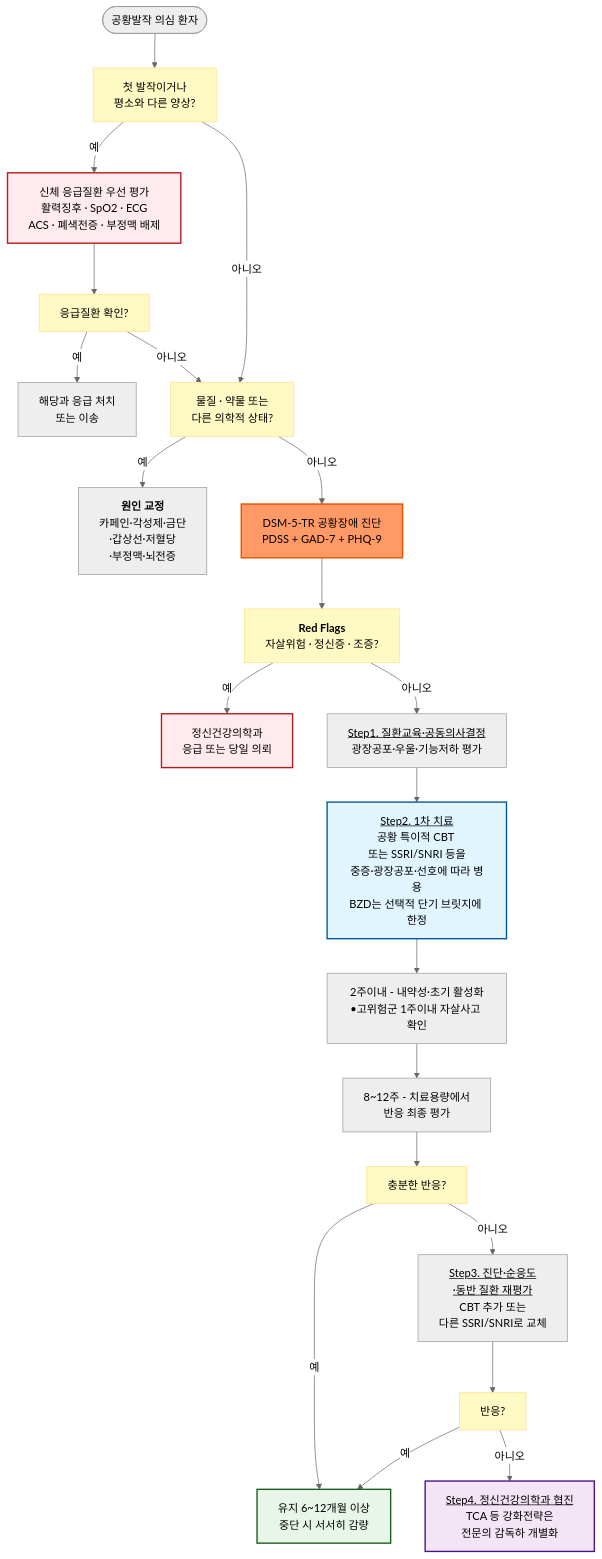
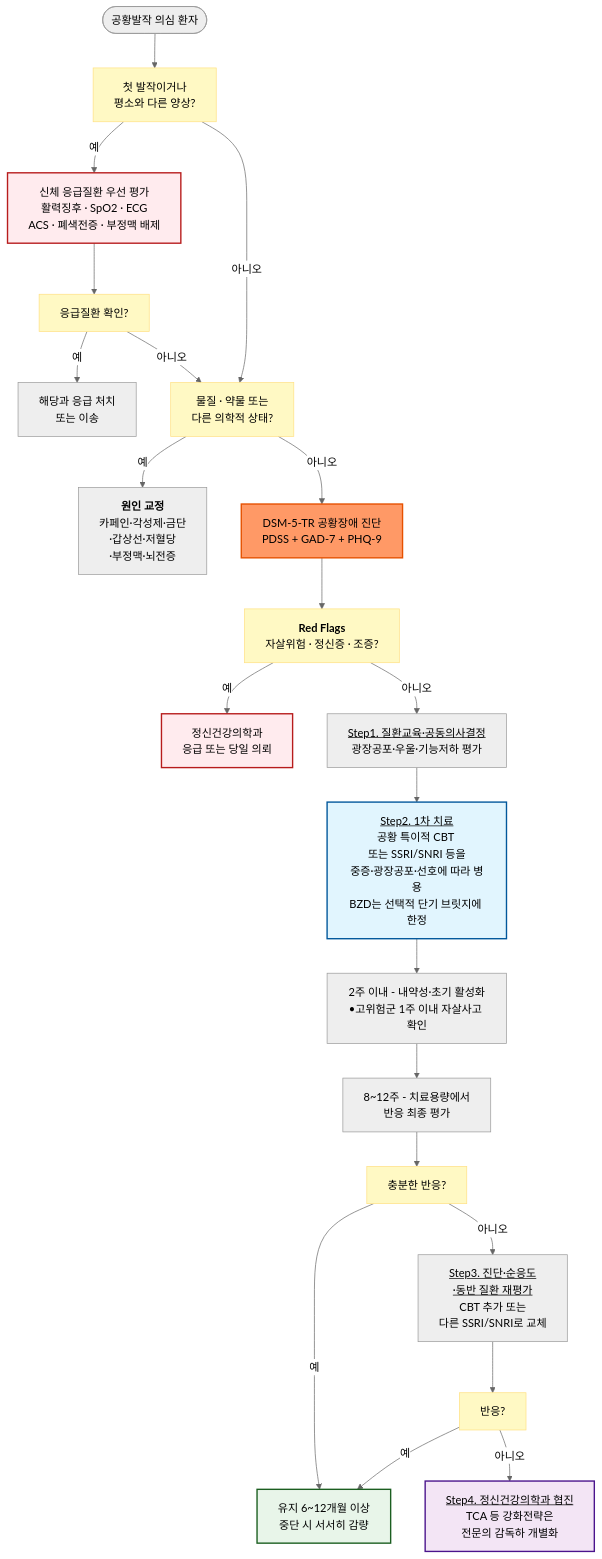
One commit to familyoh77/familyoh77 changed the first of 2 diagrams in 221_/026_-panic-disorder.md. Above: the diagram before and after it, drawn with Mermaid (neutral theme). The commit also changed other lines of this file and 4 other files, not shown here.

````diff
--- a/221_/026_-panic-disorder.md
+++ b/221_/026_-panic-disorder.md
@@ -207,31 +205,31 @@
 ```mermaid
 graph TD
     Start(["공황발작 의심 환자"]) --> A["첫 발작이거나<br/>평소와 다른 양상?"]
     A -- "예" --> B["신체 응급질환 우선 평가<br/>활력징후 · SpO2 · ECG<br/>ACS · 폐색전증 · 부정맥 배제"]
     B --> C["응급질환 확인?"]
     C -- "예" --> D["해당과 응급 처치 <br/>또는 이송"]
     C -- "아니오" --> E
     A -- "아니오" --> E["물질 · 약물 또는<br/>다른 의학적 상태?"]
     E -- "예" --> F["<b>원인 교정</b><br/>카페인·각성제·금단<br/>·갑상선·저혈당<br/>·부정맥·뇌전증"]
     E -- "아니오" --> G["DSM-5-TR 공황장애 진단<br/>PDSS + GAD-7 + PHQ-9"]
     G --> H["<b>Red Flags</b><br/>자살위험 · 정신증 · 조증?"]
     H -- "예" --> I["정신건강의학과<br/>응급 또는 당일 의뢰"]
     H -- "아니오" --> J["<u>Step1. 질환교육·공동의사결정</u><br/>광장공포·우울·기능저하 평가"]
     J --> K["<u>Step2. 1차 치료</u><br/>공황 특이적 CBT <br/>또는 SSRI/SNRI 등을<br/>중증·광장공포·선호에 따라 병용<br/>BZD는 선택적 단기 브릿지에 <br/>한정"]
-    K --> L["2주이내 - 내약성·초기 활성화<br/>•고위험군 1주이내 자살사고 확인"]
+    K --> L["2주 이내 - 내약성·초기 활성화<br/>•고위험군 1주 이내 자살사고 확인"]
     L --> M["8~12주 - 치료용량에서<br/>반응 최종 평가"]
     M --> N["충분한 반응?"]
     N -- "예" --> O["유지 6~12개월 이상<br/>중단 시 서서히 감량"]
     N -- "아니오" --> P["<u>Step3. 진단·순응도<br/>·동반 질환 재평가</u><br/>CBT 추가 또는 <br/>다른 SSRI/SNRI로 교체"]
     P --> Q["반응?"]
     Q -- "예" --> O
     Q -- "아니오" --> R["<u>Step4. 정신건강의학과 협진</u><br/>TCA 등 강화전략은 <br/>전문의 감독하 개별화"]
     style G fill:#f96,stroke:#e65100,stroke-width:2px
     style B fill:#ffebee,stroke:#b71c1c,stroke-width:2px
     style I fill:#ffebee,stroke:#b71c1c,stroke-width:2px
     style K fill:#e1f5fe,stroke:#01579b,stroke-width:2px
     style O fill:#e8f5e9,stroke:#1b5e20,stroke-width:2px
     style R fill:#f3e5f5,stroke:#4a148c,stroke-width:2px
     classDef yellow fill:#fff9c4,stroke:#ffe082
     class A,C,E,H,N,Q yellow
 ```
````
